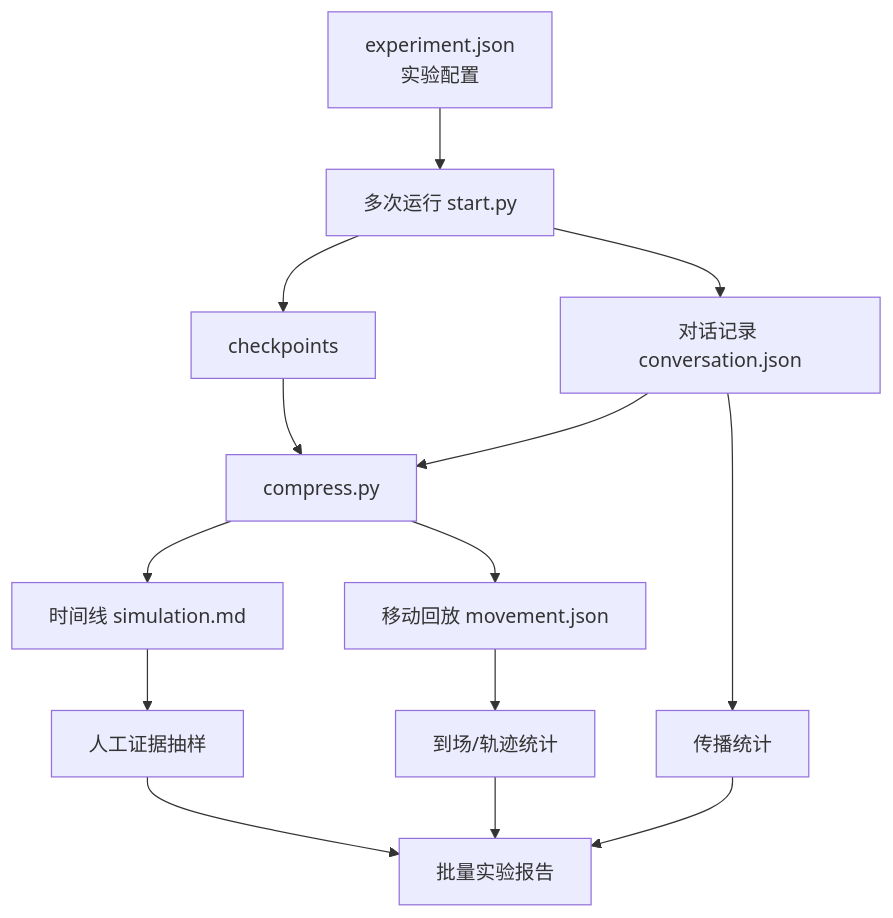
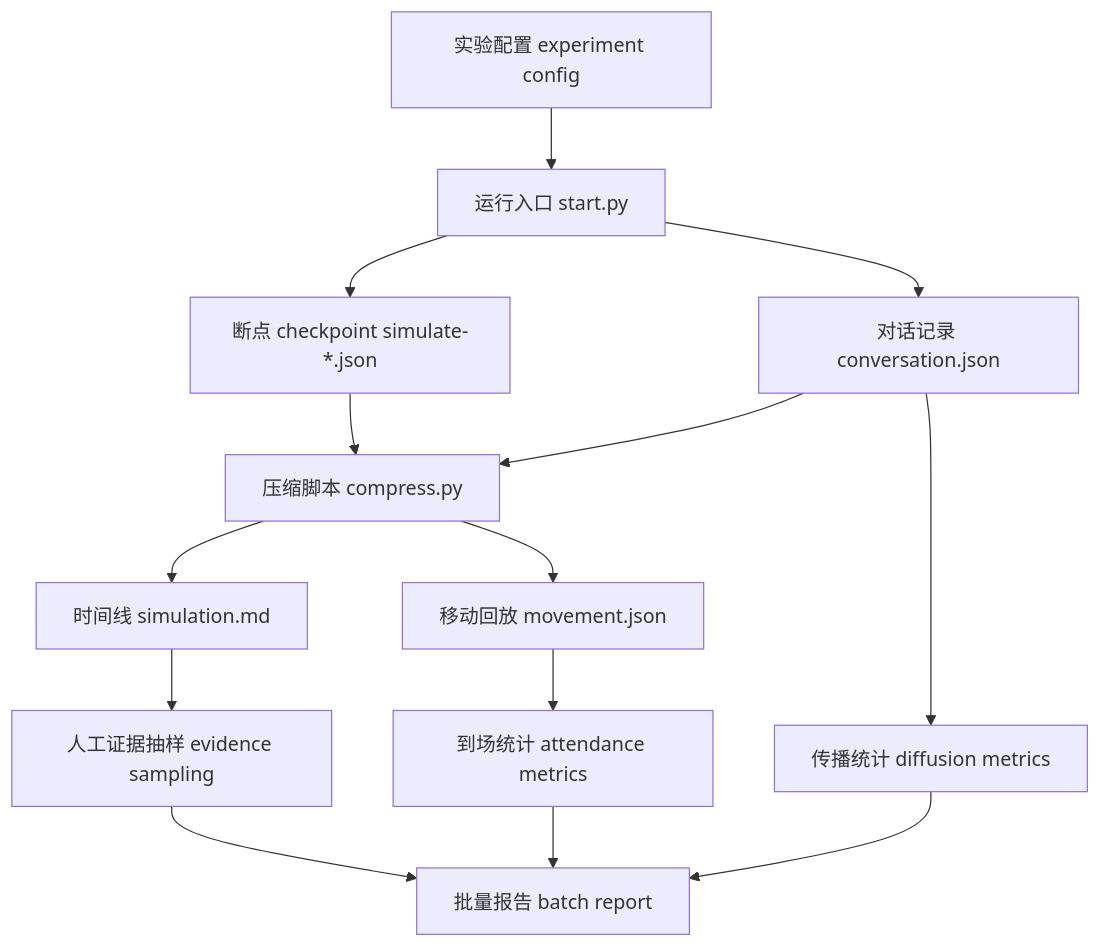
The diagram in docs/book/manuscript/part_05/chapter_36.md (tbkken/GenerativeAgentsCN), drawn with Mermaid before and after one commit. The commit also changed other lines of this file and 18 other files, not shown here.

````diff
--- a/docs/book/manuscript/part_05/chapter_36.md
+++ b/docs/book/manuscript/part_05/chapter_36.md
@@ -30,16 +17,16 @@
 ```mermaid
 flowchart TD
-    Config[experiment.json<br/>实验配置] --> Runs[多次运行 start.py]
-    Runs --> CK[checkpoints]
-    Runs --> Conv[对话记录 conversation.json]
-    CK --> Compress[compress.py]
+    Config["实验配置 experiment config"] --> Start["运行入口 start.py"]
+    Start --> CK["断点 checkpoint simulate-*.json"]
+    Start --> Conv["对话记录 conversation.json"]
+    CK --> Compress["压缩脚本 compress.py"]
     Conv --> Compress
-    Compress --> Sim[时间线 simulation.md]
-    Compress --> Move[移动回放 movement.json]
-    Conv --> Diff[传播统计]
-    Move --> Attend[到场/轨迹统计]
-    Sim --> Evidence[人工证据抽样]
-    Diff --> Report[批量实验报告]
+    Compress --> Sim["时间线 simulation.md"]
+    Compress --> Move["移动回放 movement.json"]
+    Conv --> Diff["传播统计 diffusion metrics"]
+    Move --> Attend["到场统计 attendance metrics"]
+    Sim --> Sample["人工证据抽样 evidence sampling"]
+    Diff --> Report["批量报告 batch report"]
     Attend --> Report
-    Evidence --> Report
+    Sample --> Report
 ```
````
